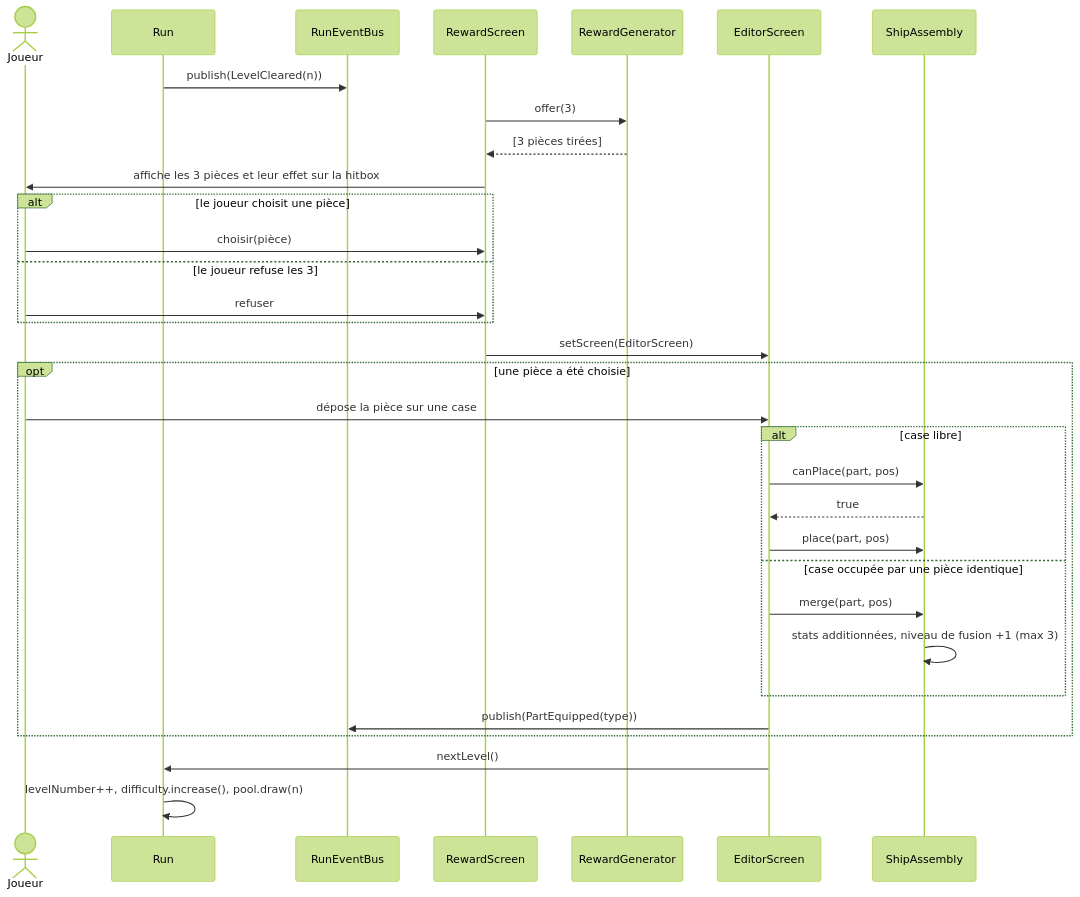
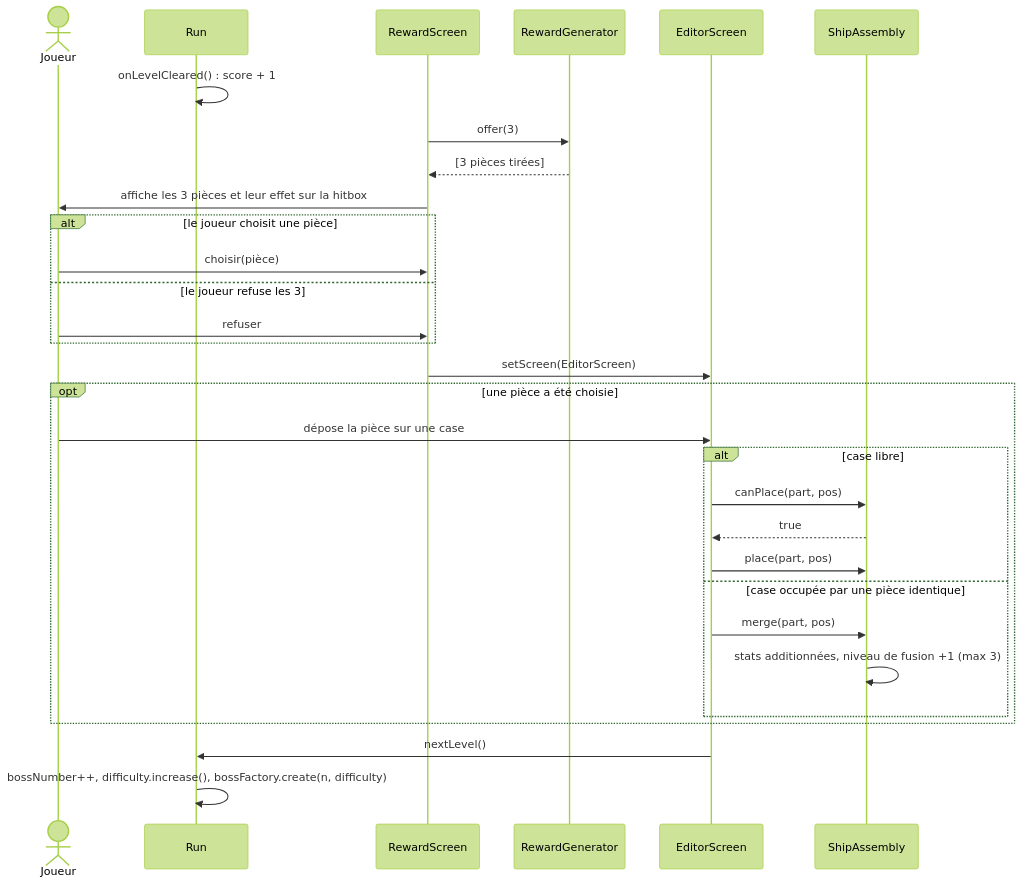
One commit to Bisiaux-dev/public-vault changed the ninth of 11 diagrams in content/2D-Game/ideas/pierre/Bullet hell roguelike - UML.md. Above: the diagram before and after it, drawn with Mermaid (forest theme). The commit also changed other lines of this file and 31 other files, not shown here.

````diff
--- a/content/2D-Game/ideas/pierre/Bullet hell roguelike - UML.md
+++ b/content/2D-Game/ideas/pierre/Bullet hell roguelike - UML.md
@@ -690,35 +557,33 @@
 ```mermaid
 sequenceDiagram
     actor J as Joueur
     participant Run
-    participant Bus as RunEventBus
     participant RS as RewardScreen
     participant RG as RewardGenerator
     participant ES as EditorScreen
     participant A as ShipAssembly
 
-    Run->>Bus: publish(LevelCleared(n))
+    Run->>Run: onLevelCleared() : score + 1
     RS->>RG: offer(3)
     RG-->>RS: [3 pièces tirées]
     RS->>J: affiche les 3 pièces et leur effet sur la hitbox
     alt le joueur choisit une pièce
         J->>RS: choisir(pièce)
     else le joueur refuse les 3
         J->>RS: refuser
     end
     RS->>ES: setScreen(EditorScreen)
     opt une pièce a été choisie
         J->>ES: dépose la pièce sur une case
         alt case libre
             ES->>A: canPlace(part, pos)
             A-->>ES: true
             ES->>A: place(part, pos)
         else case occupée par une pièce identique
             ES->>A: merge(part, pos)
             A->>A: stats additionnées, niveau de fusion +1 (max 3)
         end
-        ES->>Bus: publish(PartEquipped(type))
     end
     ES->>Run: nextLevel()
-    Run->>Run: levelNumber++, difficulty.increase(), pool.draw(n)
+    Run->>Run: bossNumber++, difficulty.increase(), bossFactory.create(n, difficulty)
 ```
````
